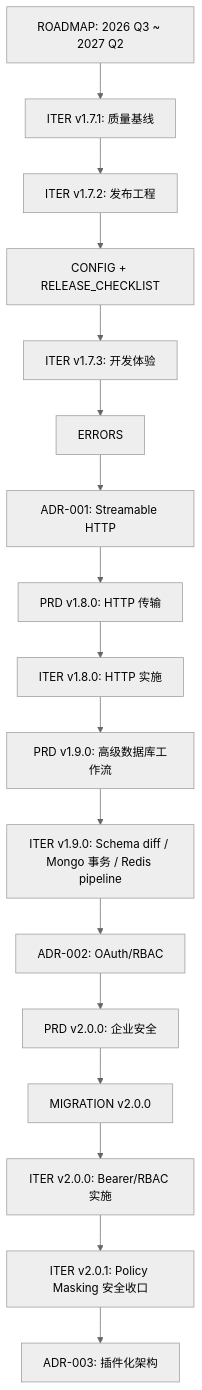
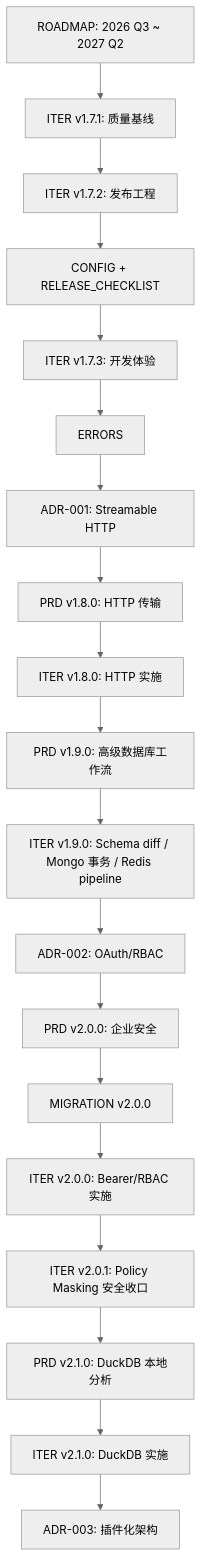
Before and after one commit to yclenove/polyglot-db-mcp-server: the diagram in docs/INDEX.md, drawn with Mermaid (neutral theme). The commit also changed other lines of this file and 23 other files, not shown here.

````diff
--- a/docs/INDEX.md
+++ b/docs/INDEX.md
@@ -168,19 +174,21 @@
 ```mermaid
 flowchart TD
   A[ROADMAP: 2026 Q3 ~ 2027 Q2] --> B[ITER v1.7.1: 质量基线]
   B --> C[ITER v1.7.2: 发布工程]
   C --> D[CONFIG + RELEASE_CHECKLIST]
   D --> E[ITER v1.7.3: 开发体验]
   E --> F[ERRORS]
   F --> G[ADR-001: Streamable HTTP]
   G --> H[PRD v1.8.0: HTTP 传输]
   H --> I[ITER v1.8.0: HTTP 实施]
   I --> J[PRD v1.9.0: 高级数据库工作流]
   J --> K[ITER v1.9.0: Schema diff / Mongo 事务 / Redis pipeline]
   K --> L[ADR-002: OAuth/RBAC]
   L --> M[PRD v2.0.0: 企业安全]
   M --> N[MIGRATION v2.0.0]
   N --> O[ITER v2.0.0: Bearer/RBAC 实施]
   O --> P[ITER v2.0.1: Policy Masking 安全收口]
-  P --> Q[ADR-003: 插件化架构]
+  P --> Q[PRD v2.1.0: DuckDB 本地分析]
+  Q --> R[ITER v2.1.0: DuckDB 实施]
+  R --> S[ADR-003: 插件化架构]
 ```
````
